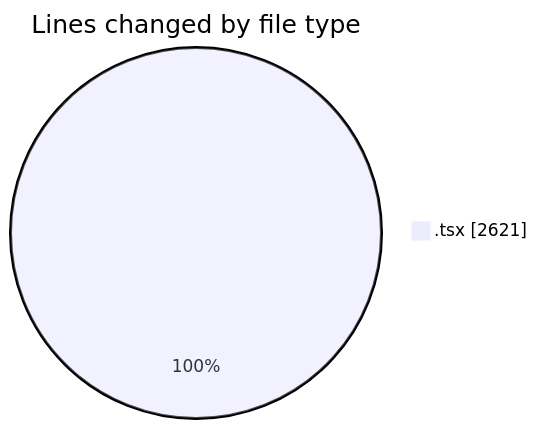
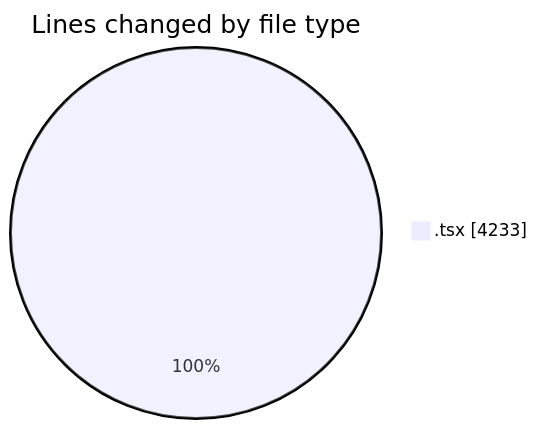
The first of 2 diagrams in 2026-07-13/nxtqube_webapp/README.md (nxtqubesakshisongat/code-tracking), drawn with Mermaid before and after one commit. The commit also changed other lines of this file and 1 other file, not shown here.

````diff
--- a/2026-07-13/nxtqube_webapp/README.md
+++ b/2026-07-13/nxtqube_webapp/README.md
@@ -32,5 +33,5 @@
 ```mermaid
 pie showData
 title Lines changed by file type
-".tsx" : 2621
+".tsx" : 4233
 ```
````
